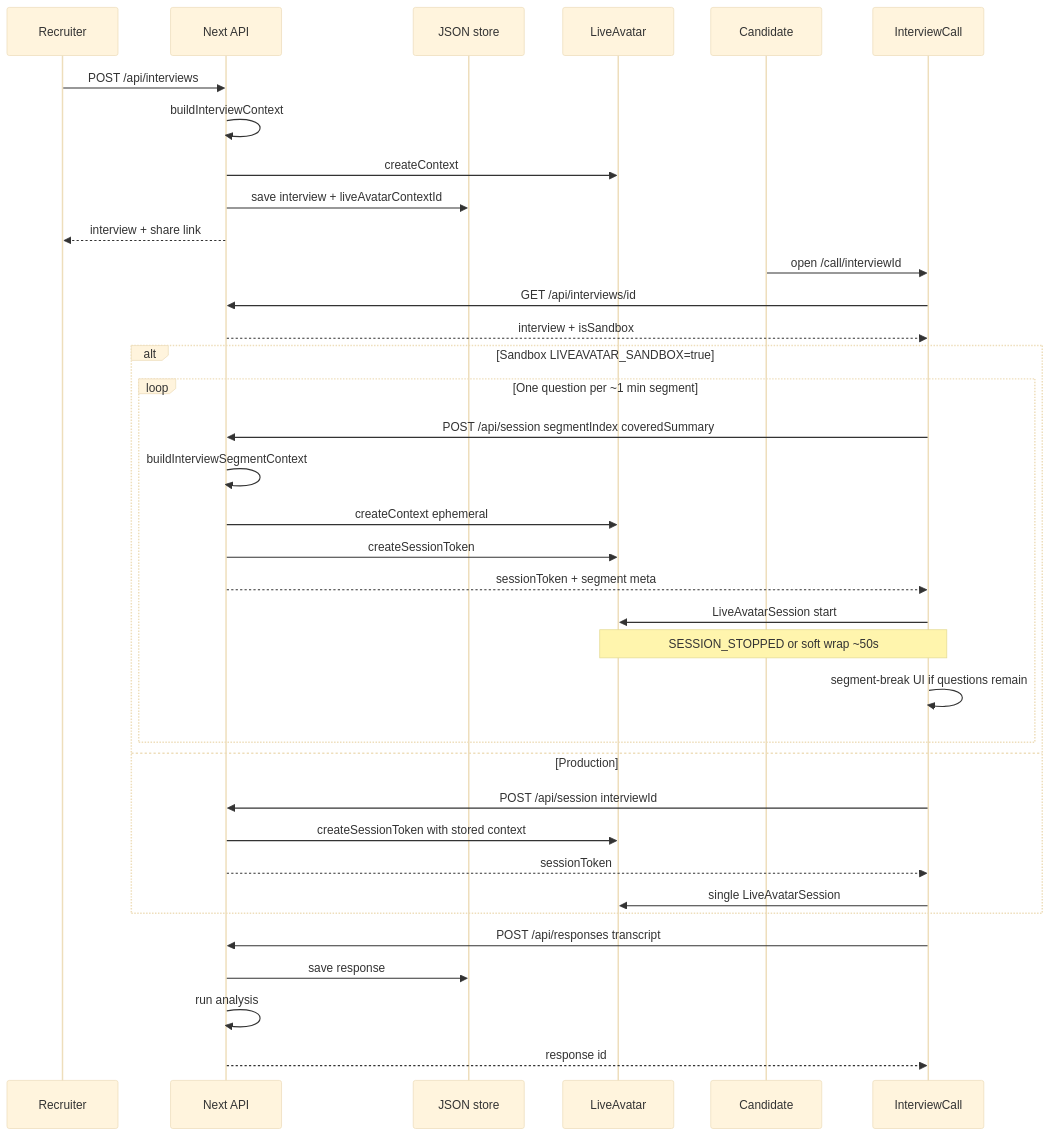
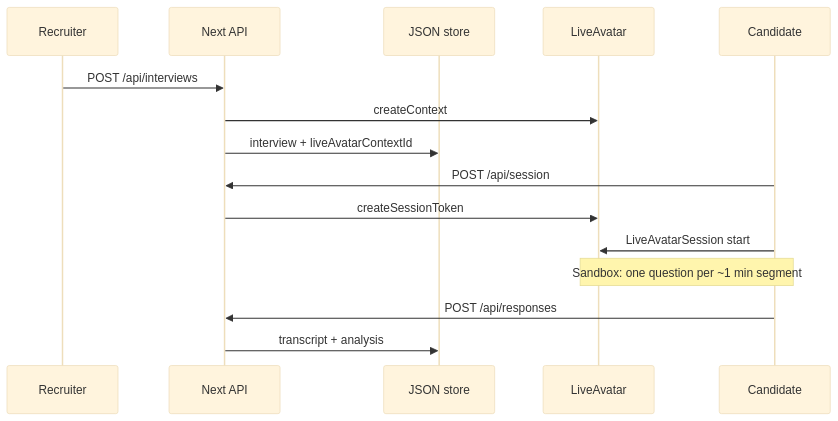
The third of 4 diagrams in README.md (alancapco/avatardemo), drawn with Mermaid (base theme) before and after one commit. The commit also changed other lines of this file and 16 other files, not shown here.

First line of the commit message:
Audit cleanup and refresh README for LiveAvatar + Tavus demos.

````diff
--- a/README.md
+++ b/README.md
@@ -207,42 +149,19 @@
 ```mermaid
 sequenceDiagram
   participant Recruiter
   participant Api as Next API
   participant Store as JSON store
   participant LA as LiveAvatar
   participant Candidate
-  participant Call as InterviewCall
 
   Recruiter->>Api: POST /api/interviews
-  Api->>Api: buildInterviewContext
   Api->>LA: createContext
-  Api->>Store: save interview + liveAvatarContextId
-  Api-->>Recruiter: interview + share link
+  Api->>Store: interview + liveAvatarContextId
 
-  Candidate->>Call: open /call/interviewId
-  Call->>Api: GET /api/interviews/id
-  Api-->>Call: interview + isSandbox
-
-  alt Sandbox LIVEAVATAR_SANDBOX=true
-    loop One question per ~1 min segment
-      Call->>Api: POST /api/session segmentIndex coveredSummary
-      Api->>Api: buildInterviewSegmentContext
-      Api->>LA: createContext ephemeral
-      Api->>LA: createSessionToken
-      Api-->>Call: sessionToken + segment meta
-      Call->>LA: LiveAvatarSession start
-      Note over Call,LA: SESSION_STOPPED or soft wrap ~50s
-      Call->>Call: segment-break UI if questions remain
-    end
-  else Production
-    Call->>Api: POST /api/session interviewId
-    Api->>LA: createSessionToken with stored context
-    Api-->>Call: sessionToken
-    Call->>LA: single LiveAvatarSession
-  end
-
-  Call->>Api: POST /api/responses transcript
-  Api->>Store: save response
-  Api->>Api: run analysis
-  Api-->>Call: response id
+  Candidate->>Api: POST /api/session
+  Api->>LA: createSessionToken
+  Candidate->>LA: LiveAvatarSession start
+  Note over Candidate,LA: Sandbox: one question per ~1 min segment
+  Candidate->>Api: POST /api/responses
+  Api->>Store: transcript + analysis
 ```
````
